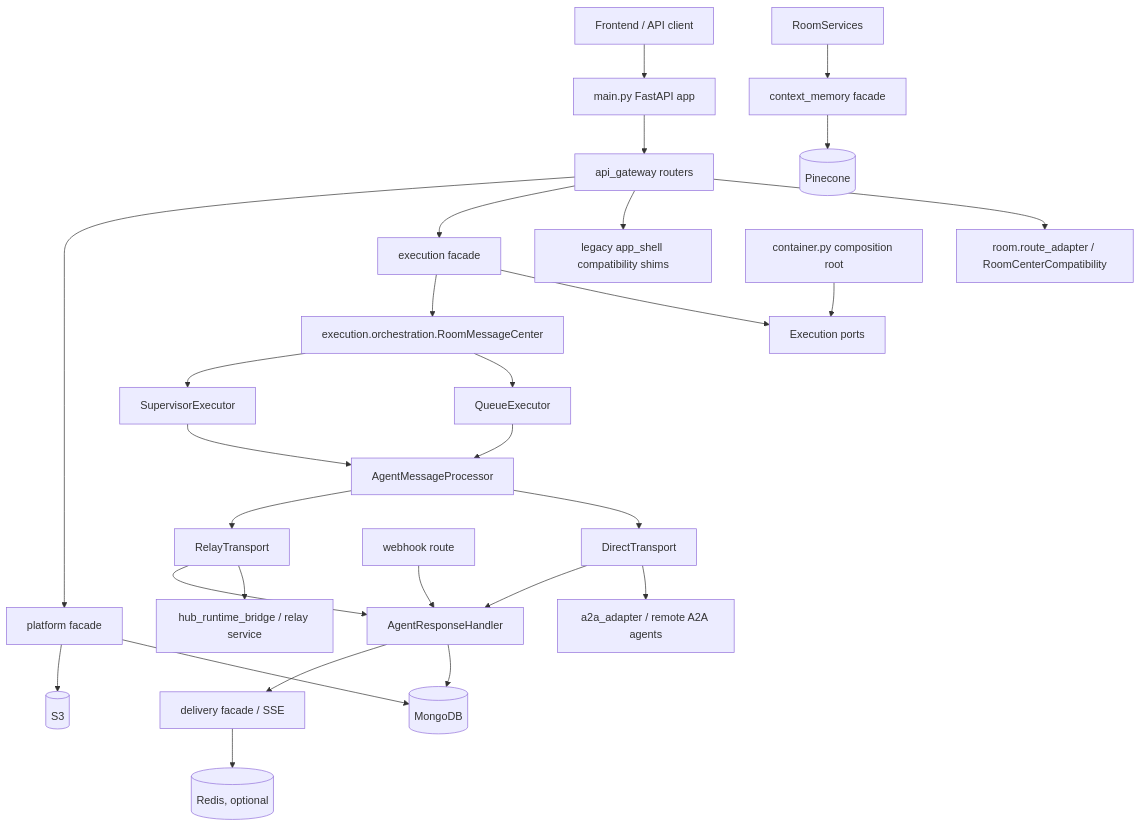
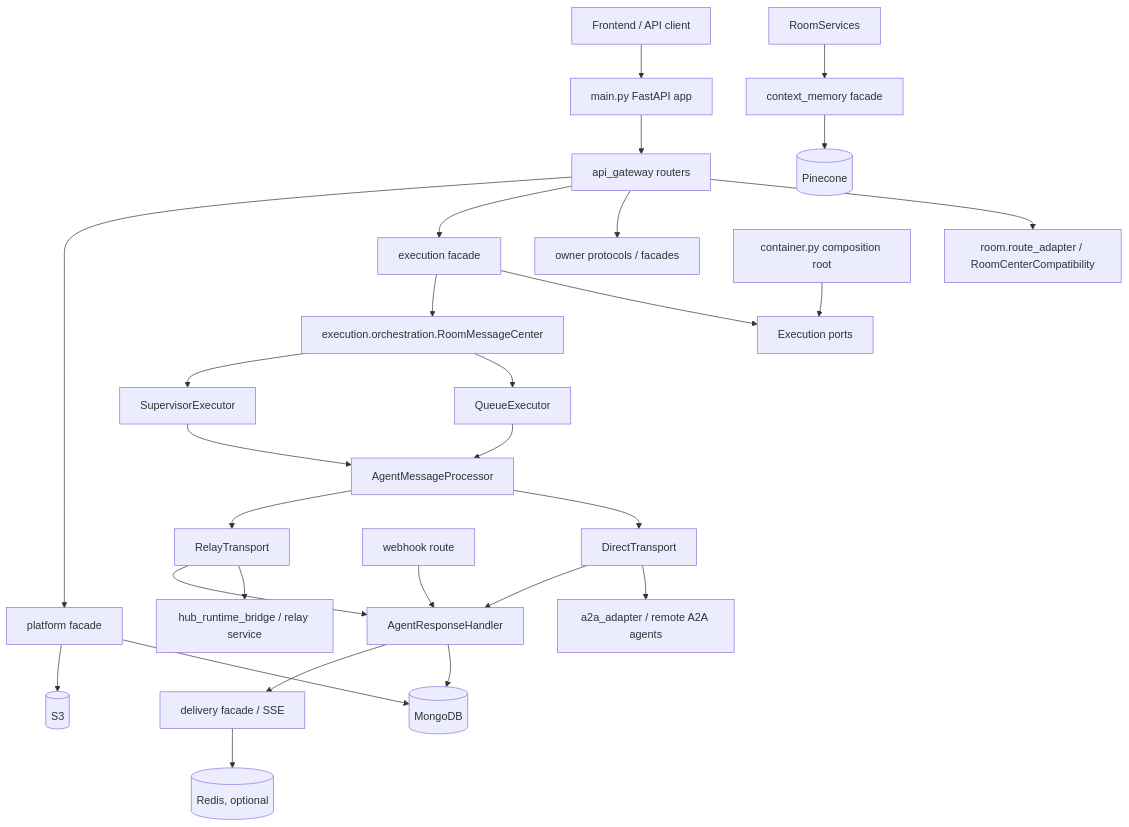
The diagram in docs/System-Architecture.md (JeromeOvO/hybro), drawn with Mermaid before and after one commit. The commit also changed other lines of this file and 47 other files, not shown here.

Commit message:
refactor: remove app shell package

````diff
--- a/docs/System-Architecture.md
+++ b/docs/System-Architecture.md
@@ -25,34 +25,34 @@
 ```mermaid
 flowchart TD
     Client[Frontend / API client] --> FastAPI[main.py FastAPI app]
     FastAPI --> APIGateway[api_gateway routers]
     APIGateway --> RoomRoutes[room.route_adapter / RoomCenterCompatibility]
-    APIGateway --> AppShell[legacy app_shell compatibility shims]
+    APIGateway --> OwnerPorts[owner protocols / facades]
     APIGateway --> Execution[execution facade]
     APIGateway --> Platform[platform facade]
 
     Container[container.py composition root] --> ExecutionPorts[Execution ports]
     Execution --> ExecutionPorts
     Execution --> RoomMessageCenter[execution.orchestration.RoomMessageCenter]
     RoomMessageCenter --> QueueExecutor[QueueExecutor]
     RoomMessageCenter --> SupervisorExecutor[SupervisorExecutor]
     QueueExecutor --> AgentMessageProcessor[AgentMessageProcessor]
     SupervisorExecutor --> AgentMessageProcessor
 
     AgentMessageProcessor --> DirectTransport[DirectTransport]
     AgentMessageProcessor --> RelayTransport[RelayTransport]
     DirectTransport --> A2A[a2a_adapter / remote A2A agents]
     RelayTransport --> HubRelay[hub_runtime_bridge / relay service]
 
     DirectTransport --> ResponseHandler[AgentResponseHandler]
     RelayTransport --> ResponseHandler
     Webhook[webhook route] --> ResponseHandler
 
     ResponseHandler --> Mongo[(MongoDB)]
     ResponseHandler --> Delivery[delivery facade / SSE]
     RoomServices --> ContextMemory[context_memory facade]
     Platform --> Mongo
     Platform --> S3[(S3)]
     ContextMemory --> Pinecone[(Pinecone)]
     Delivery --> Redis[(Redis, optional)]
 ```
````
